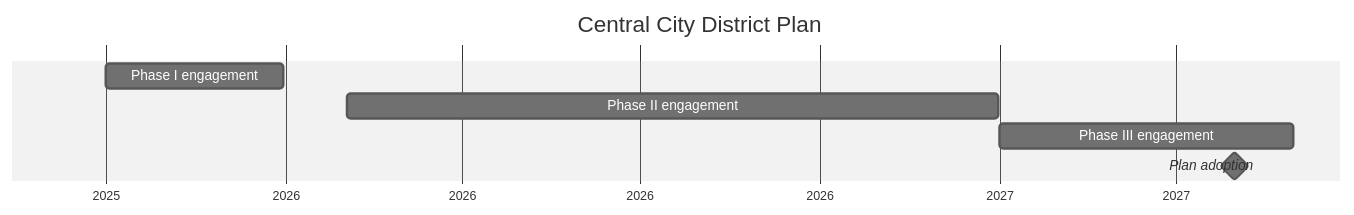
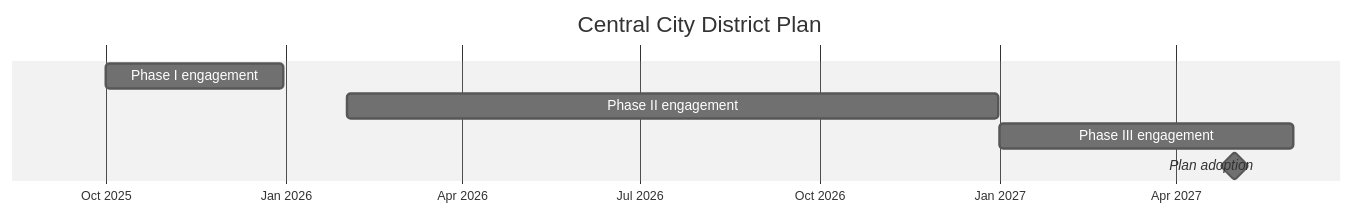
Before and after one commit to changesaroundme/calendars: diagram 13 of 32 in docs/projects.md, drawn with Mermaid (neutral theme). The commit also changed other lines of this file and 3 other files, not shown here.

````diff
--- a/docs/projects.md
+++ b/docs/projects.md
@@ -282,10 +305,12 @@
 ```mermaid
 gantt
     title Central City District Plan
     dateFormat YYYY-MM-DD
-    axisFormat %Y
+    axisFormat %b %Y
+    tickInterval 3month
+    todayMarker off
     Phase I engagement :p1, 2025-10-01, 2025-12-31
     Phase II engagement :p2, 2026-02-01, 2026-12-31
     Phase III engagement :p3, 2027-01-01, 2027-05-31
     Plan adoption :milestone, p4, 2027-05-01, 0d
 ```
````
